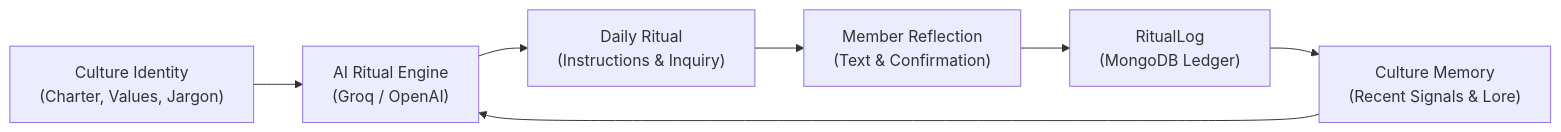
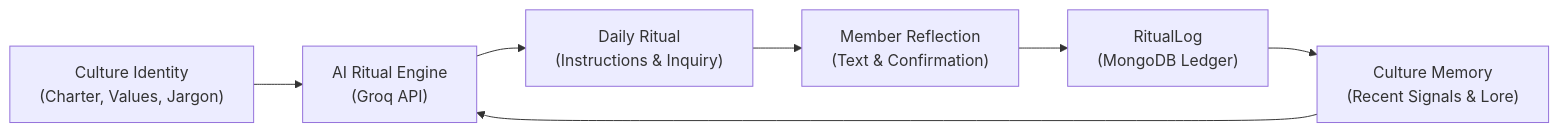
The diagram in README.md (tanmayyyyayyy/micro-culture), drawn with Mermaid before and after one commit. The commit also changed other lines of this file, not shown here.

````diff
--- a/README.md
+++ b/README.md
@@ -29,9 +29,9 @@
 ```mermaid
 flowchart LR
-    A["Culture Identity\n(Charter, Values, Jargon)"] --> B["AI Ritual Engine\n(Groq / OpenAI)"]
+    A["Culture Identity\n(Charter, Values, Jargon)"] --> B["AI Ritual Engine\n(Groq API)"]
     B --> C["Daily Ritual\n(Instructions & Inquiry)"]
     C --> D["Member Reflection\n(Text & Confirmation)"]
     D --> E["RitualLog\n(MongoDB Ledger)"]
     E --> F["Culture Memory\n(Recent Signals & Lore)"]
     F --> B
 ```
````
